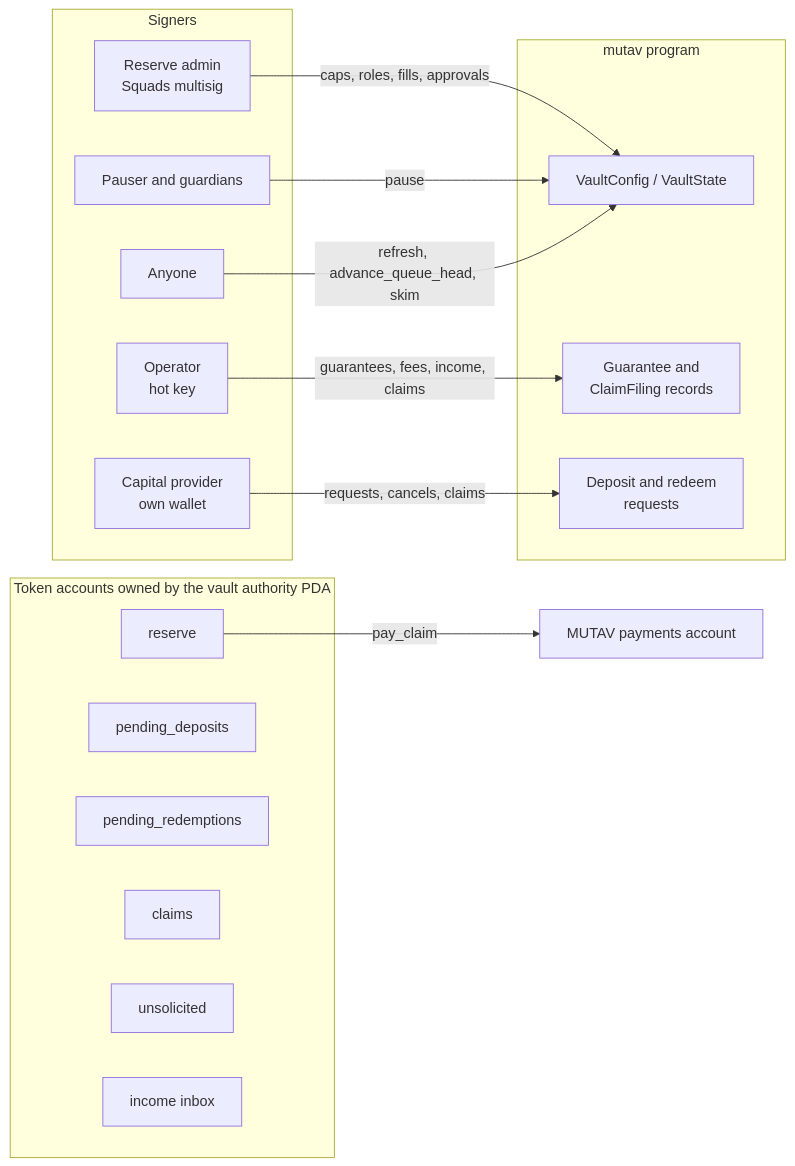
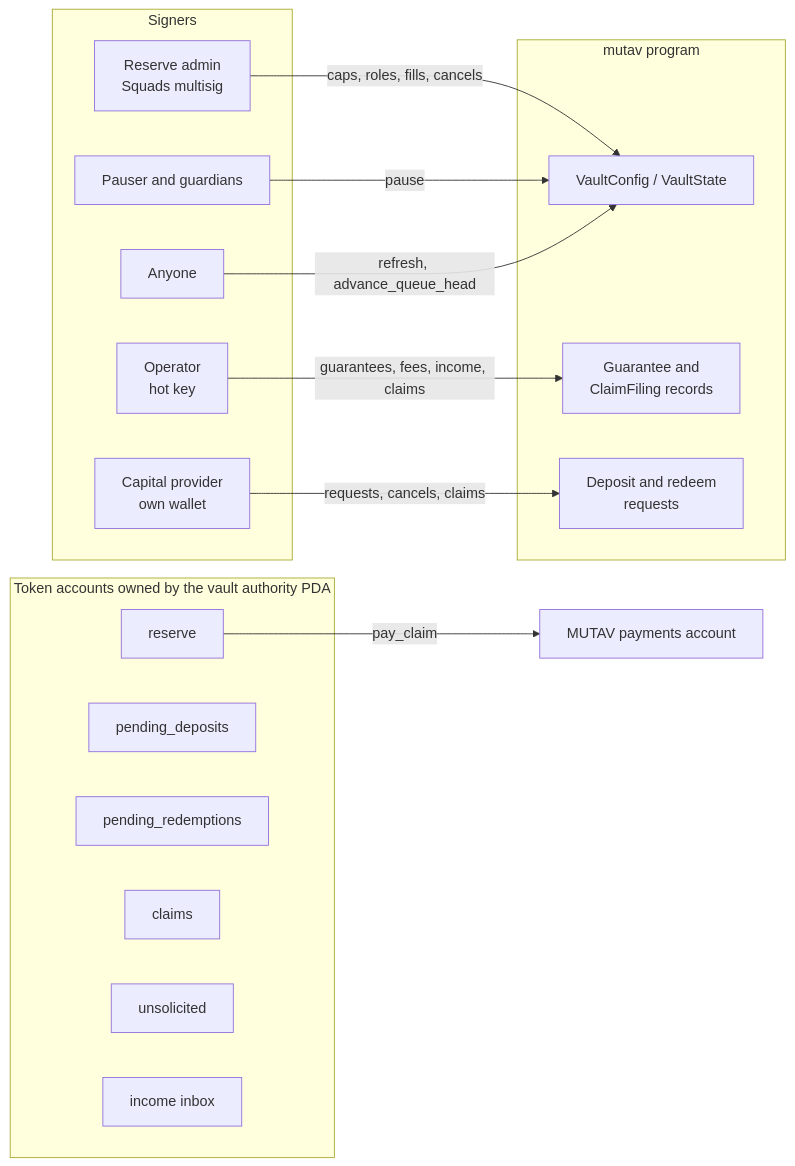
The diagram in docs/technical-resources/README.md (mutav-finance/mutav-protocol-solana), drawn with Mermaid before and after one commit. The commit also changed other lines of this file and 6 other files, not shown here.

````diff
--- a/docs/technical-resources/README.md
+++ b/docs/technical-resources/README.md
@@ -22,29 +22,29 @@
 ```mermaid
 flowchart LR
   subgraph Signers
     A[Reserve admin<br/>Squads multisig]
     O[Operator<br/>hot key]
     P[Pauser and guardians]
     I[Capital provider<br/>own wallet]
     X[Anyone]
   end
   subgraph Program["mutav program"]
     C[VaultConfig / VaultState]
     G[Guarantee and<br/>ClaimFiling records]
     Q[Deposit and redeem<br/>requests]
   end
   subgraph Accounts["Token accounts owned by the vault authority PDA"]
     R[reserve]
     PD[pending_deposits]
     PR[pending_redemptions]
     CL[claims]
     U[unsolicited]
     IN[income inbox]
   end
-  A -->|caps, roles, fills, approvals| C
+  A -->|caps, roles, fills, cancels| C
   O -->|guarantees, fees, income, claims| G
   P -->|pause| C
   I -->|requests, cancels, claims| Q
-  X -->|refresh, advance_queue_head, skim| C
+  X -->|refresh, advance_queue_head| C
   R -->|pay_claim| PAY[MUTAV payments account]
 ```
````
